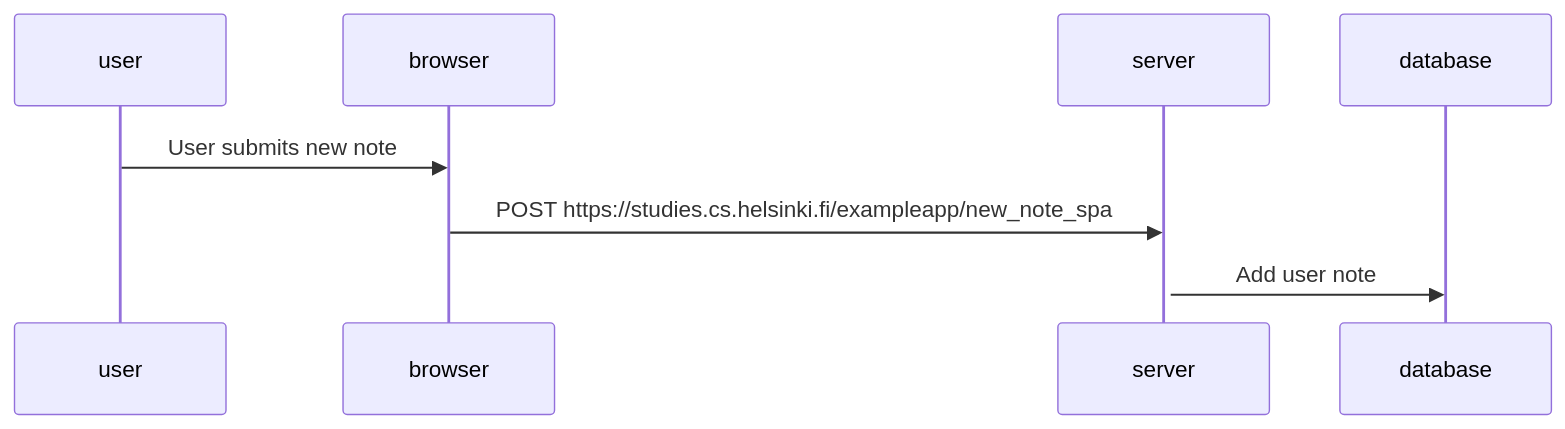
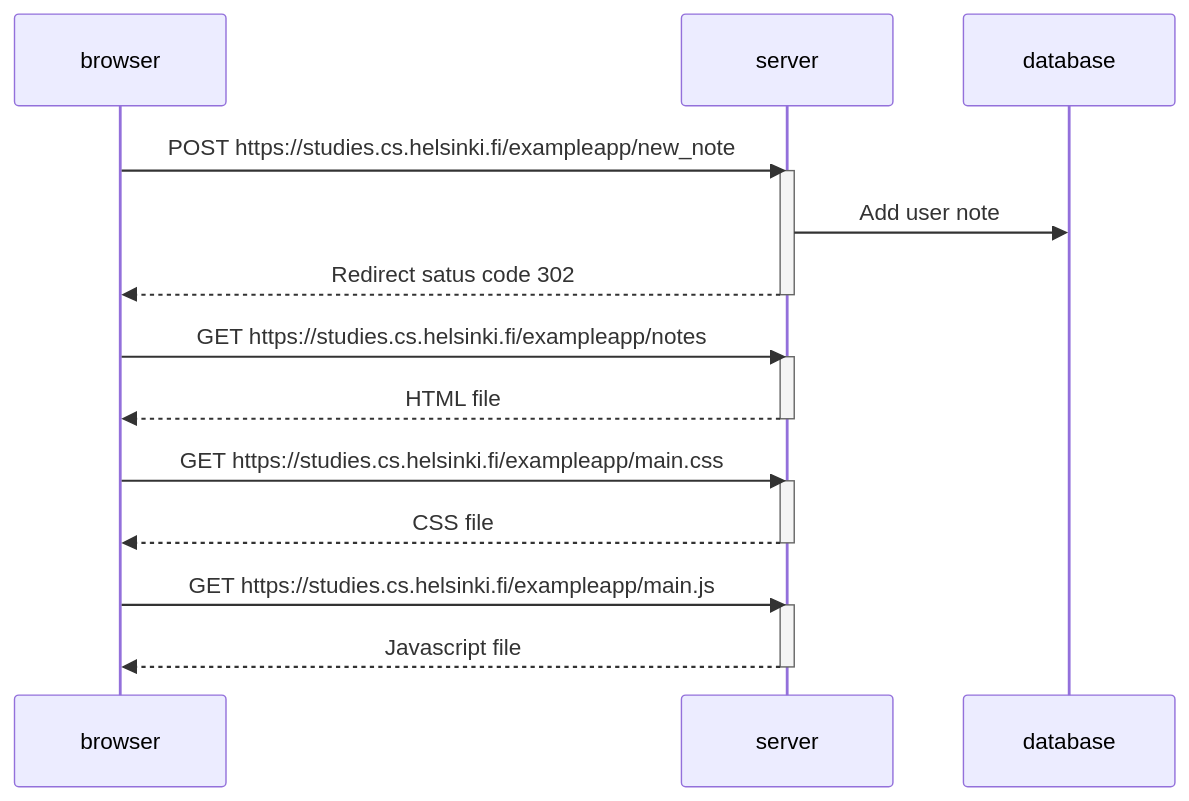
Before and after one commit to jmokate/fullstackopen: the diagram in 4_Submission.md, drawn with Mermaid. The commit also changed 1 other file, not shown here.

Commit message:
update diagram 04

````diff
--- a/4_Submission.md
+++ b/4_Submission.md
@@ -1,7 +1,23 @@
 ```mermaid
 sequenceDiagram
-user->>browser: User submits new note
-browser->>server: POST https://studies.cs.helsinki.fi/exampleapp/new_note_spa
+browser->>server: POST https://studies.cs.helsinki.fi/exampleapp/new_note
 activate server
 server->>database: Add user note
+server-->>browser: Redirect satus code 302
+deactivate server
+
+browser->>server: GET https://studies.cs.helsinki.fi/exampleapp/notes
+activate server
+server-->>browser: HTML file
+deactivate server
+
+browser->>server: GET https://studies.cs.helsinki.fi/exampleapp/main.css
+activate server
+server-->>browser: CSS file
+deactivate server
+
+browser->>server: GET https://studies.cs.helsinki.fi/exampleapp/main.js
+activate server
+server-->>browser: Javascript file
+deactivate server
 ```
````
